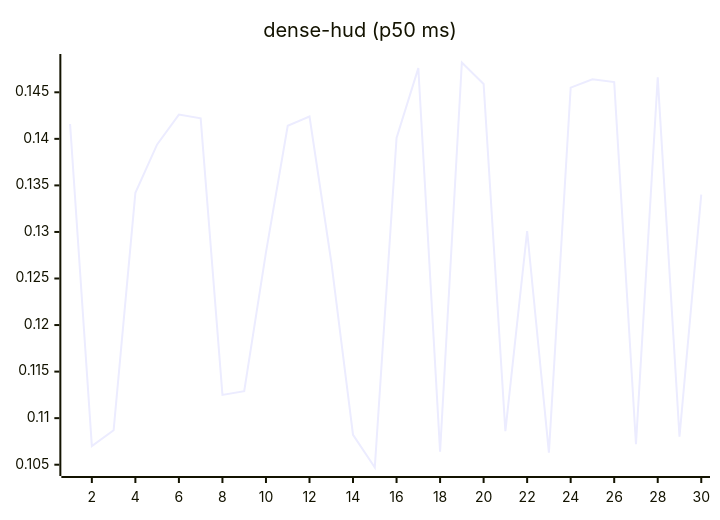
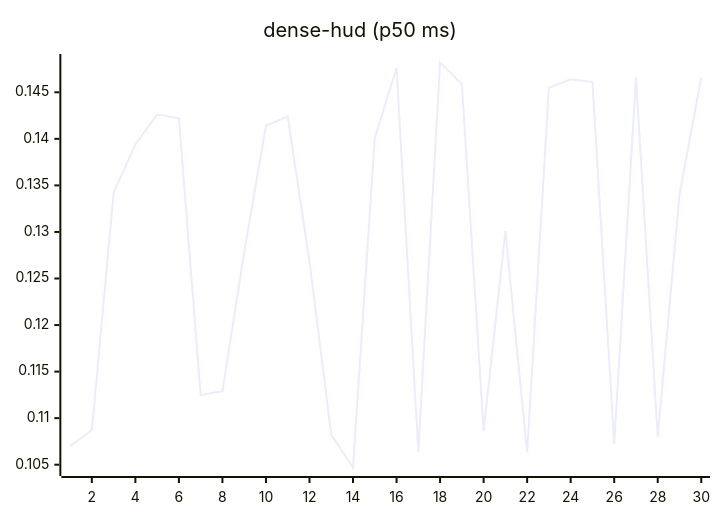
Before and after one commit to josha/Facet: the eighth of 27 diagrams in README.md, drawn with Mermaid. The commit also changed other lines of this file and 2 other files, not shown here.

````diff
--- a/README.md
+++ b/README.md
@@ -112,6 +112,6 @@
 ```mermaid
 xychart-beta
     title "dense-hud (p50 ms)"
     x-axis 1 --> 30
-    line [0.1416, 0.1070, 0.1087, 0.1342, 0.1394, 0.1426, 0.1422, 0.1125, 0.1129, 0.1278, 0.1414, 0.1424, 0.1268, 0.1082, 0.1047, 0.1401, 0.1476, 0.1064, 0.1482, 0.1459, 0.1086, 0.1301, 0.1063, 0.1455, 0.1464, 0.1461, 0.1072, 0.1466, 0.1080, 0.1340]
+    line [0.1070, 0.1087, 0.1342, 0.1394, 0.1426, 0.1422, 0.1125, 0.1129, 0.1278, 0.1414, 0.1424, 0.1268, 0.1082, 0.1047, 0.1401, 0.1476, 0.1064, 0.1482, 0.1459, 0.1086, 0.1301, 0.1063, 0.1455, 0.1464, 0.1461, 0.1072, 0.1466, 0.1080, 0.1340, 0.1466]
 ```
````
